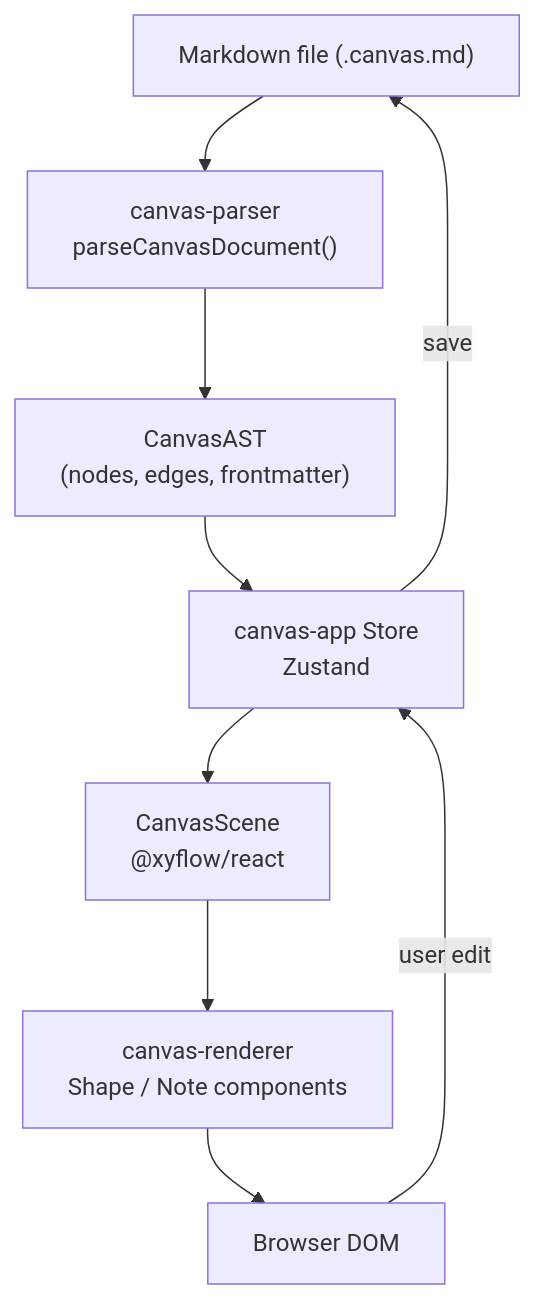
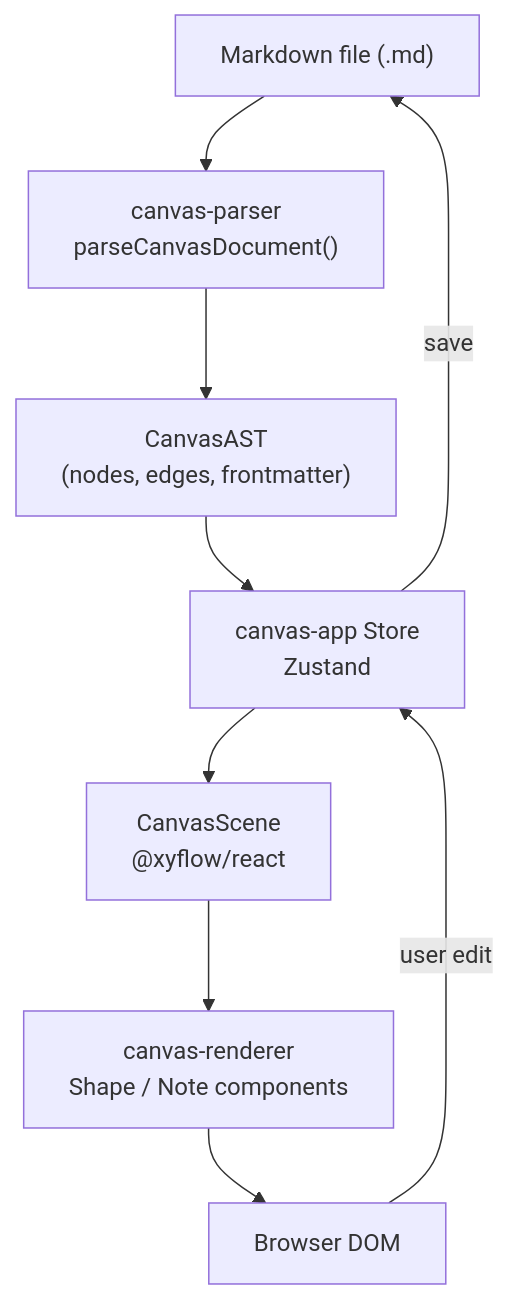
Before and after one commit to ev3rlit/boardmark: the third of 3 diagrams in docs/architecture/README.md, drawn with Mermaid. The commit also changed 51 other files, not shown here.

````diff
--- a/docs/architecture/README.md
+++ b/docs/architecture/README.md
@@ -75,20 +75,20 @@
 ```mermaid
 graph TD
-    MD["Markdown file (.canvas.md)"]
+    MD["Markdown file (.md)"]
     PARSE["canvas-parser<br>parseCanvasDocument()"]
     AST["CanvasAST<br>(nodes, edges, frontmatter)"]
     STORE_NODE["canvas-app Store<br>Zustand"]
     SCENE["CanvasScene<br>@xyflow/react"]
     RENDER["canvas-renderer<br>Shape / Note components"]
     DOM["Browser DOM"]
 
     MD --> PARSE
     PARSE --> AST
     AST --> STORE_NODE
     STORE_NODE --> SCENE
     SCENE --> RENDER
     RENDER --> DOM
 
     DOM -->|"user edit"| STORE_NODE
     STORE_NODE -->|"save"| MD
 ```
````
